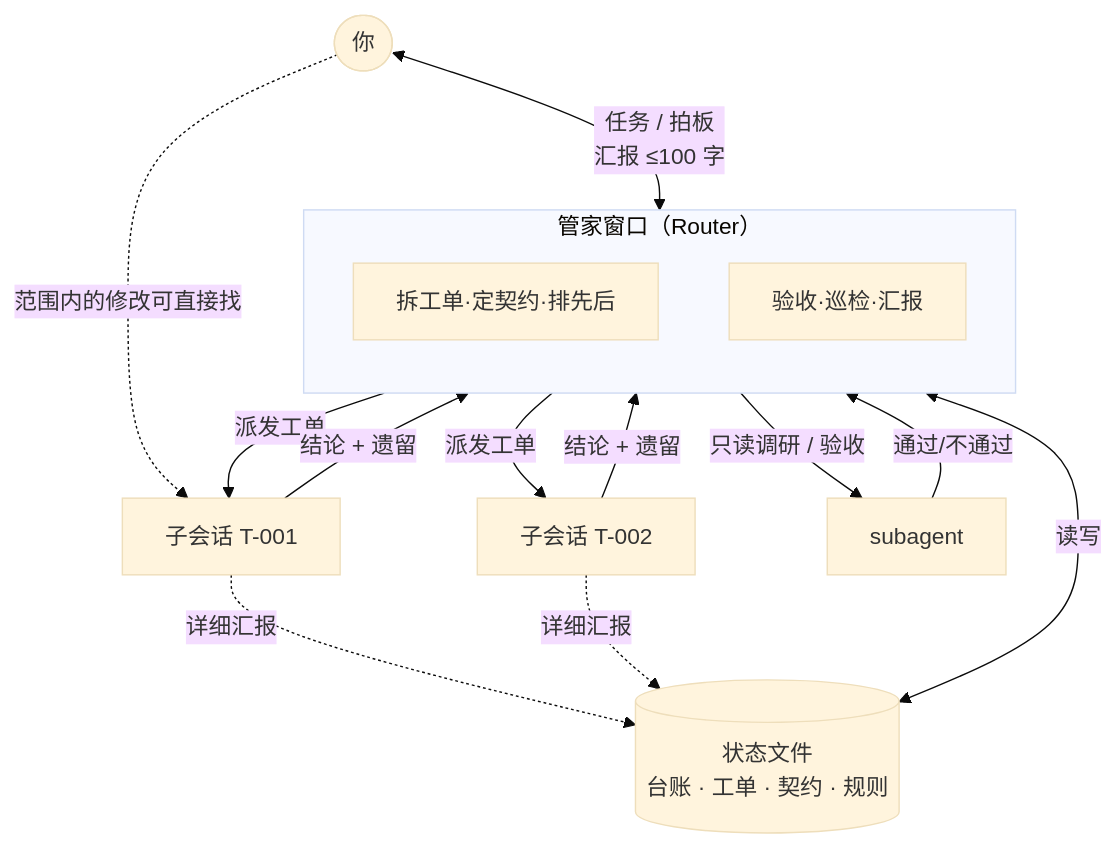
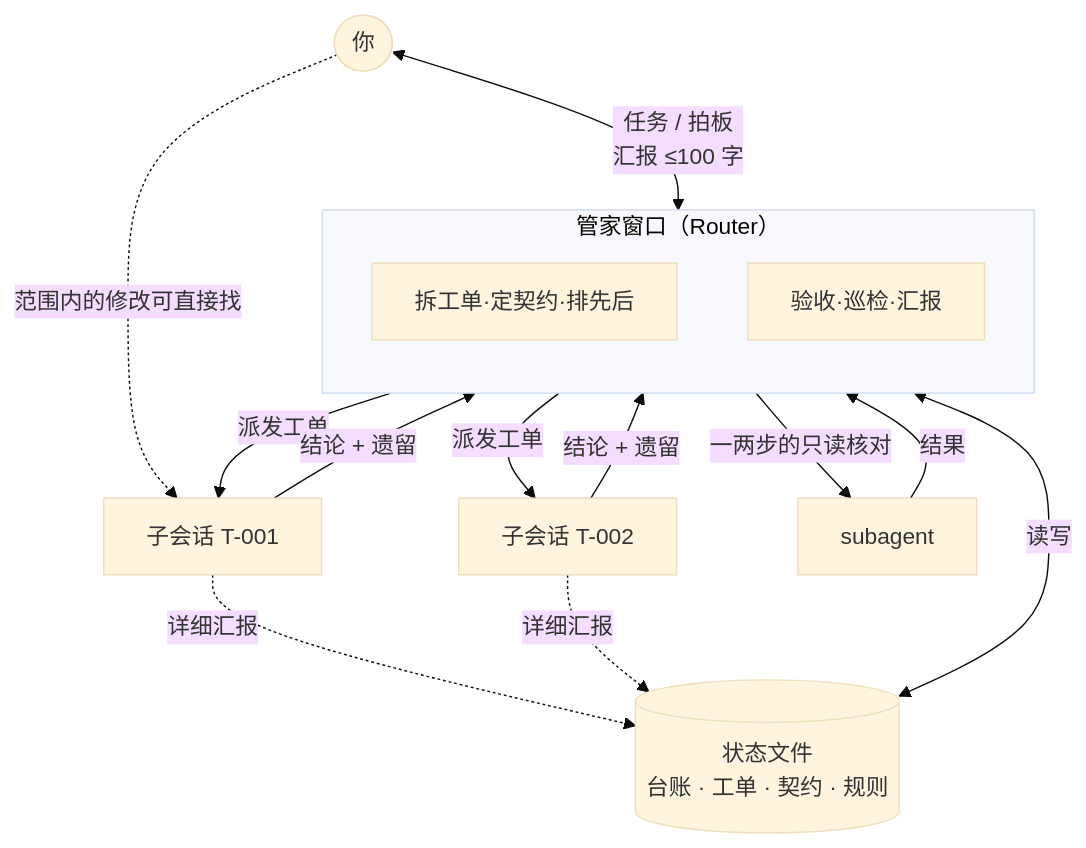
The first of 2 diagrams in README.zh-CN.md (veragao0101-cmd/butler-skill), drawn with Mermaid (base theme) before and after one commit. The commit also changed other lines of this file and 9 other files, not shown here.

````diff
--- a/README.zh-CN.md
+++ b/README.zh-CN.md
@@ -56,25 +56,25 @@
 ```mermaid
 flowchart TB
     U([你]) <-->|"任务 / 拍板<br/>汇报 ≤100 字"| R
 
     subgraph R["管家窗口（Router）"]
         direction TB
         R1[拆工单·定契约·排先后]
         R2[验收·巡检·汇报]
     end
 
     R <-->|读写| S[("状态文件<br/>台账 · 工单 · 契约 · 规则")]
 
     R -->|派发工单| W1[子会话 T-001]
     R -->|派发工单| W2[子会话 T-002]
-    R -->|只读调研 / 验收| SA[subagent]
+    R -->|一两步的只读核对| SA[subagent]
 
     W1 -->|结论 + 遗留| R
     W2 -->|结论 + 遗留| R
-    SA -->|通过/不通过| R
+    SA -->|结果| R
 
     W1 -.->|详细汇报| S
     W2 -.->|详细汇报| S
 
     U -.->|范围内的修改可直接找| W1
 ```
````
